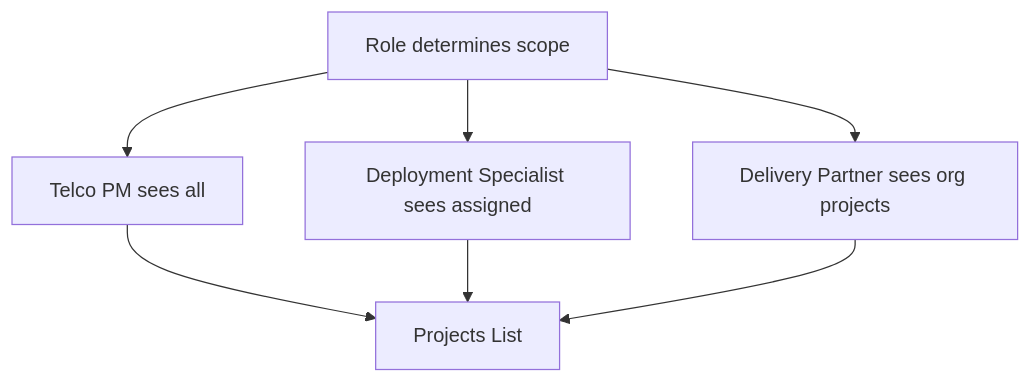
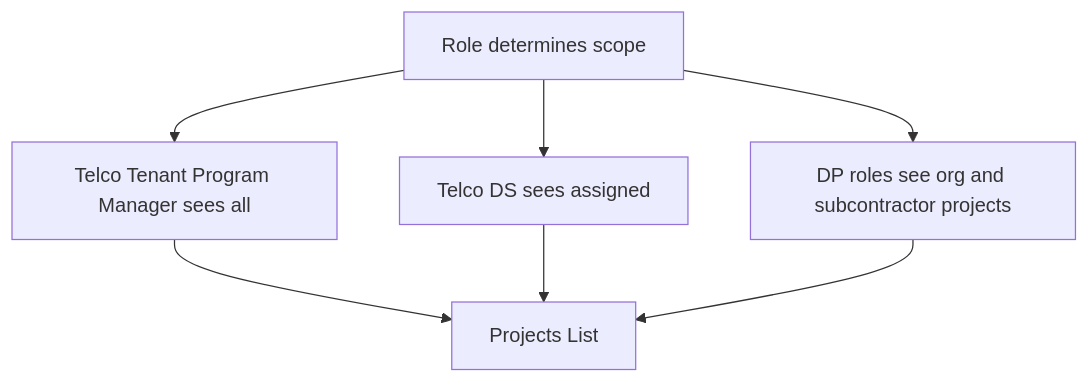
One commit to emmanuel-chalacas/expo-supabase-starter changed the second of 2 diagrams in docs/product/projects-feature-ui-ux.md. Above: the diagram before and after it, drawn with Mermaid. The commit also changed other lines of this file and 106 other files, not shown here.

````diff
--- a/docs/product/projects-feature-ui-ux.md
+++ b/docs/product/projects-feature-ui-ux.md
@@ -364,9 +418,9 @@
 ```mermaid
 flowchart TD
-  J[Role determines scope] --> K[Telco PM sees all]
-  J --> L[Deployment Specialist sees assigned]
-  J --> M[Delivery Partner sees org projects]
+  J[Role determines scope] --> K[Telco Tenant Program Manager sees all]
+  J --> L[Telco DS sees assigned]
+  J --> M[DP roles see org and subcontractor projects]
   K --> N[Projects List]
   L --> N
   M --> N
 ```
````
